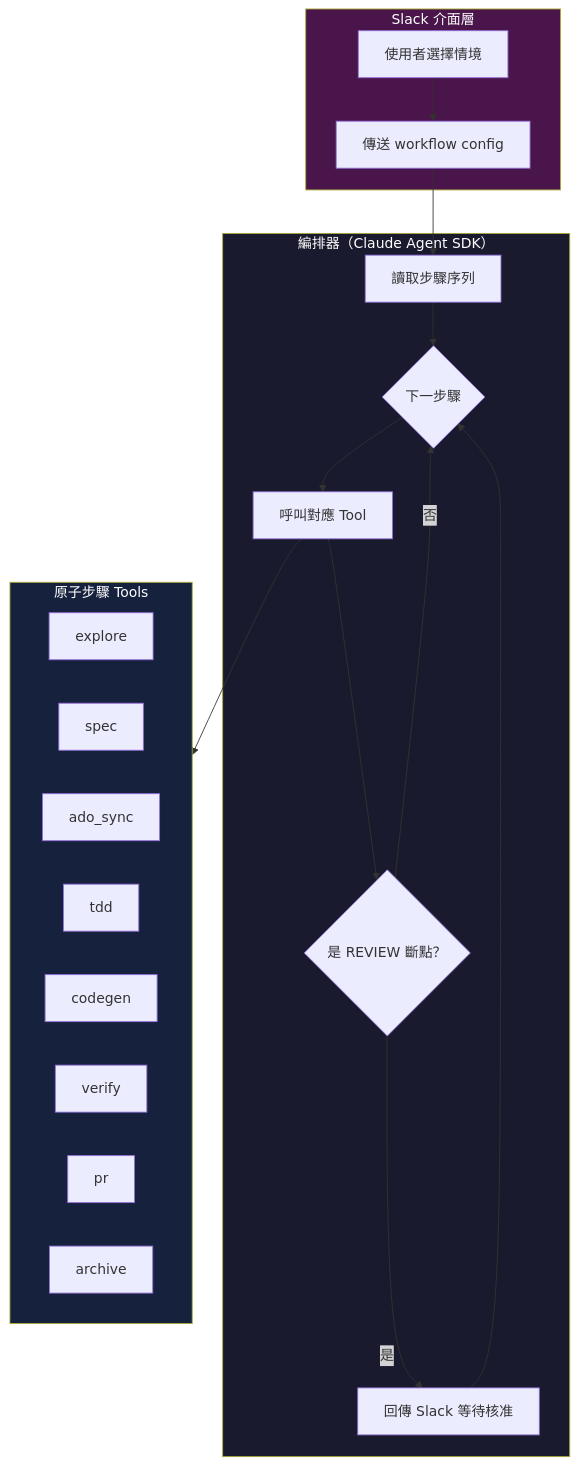
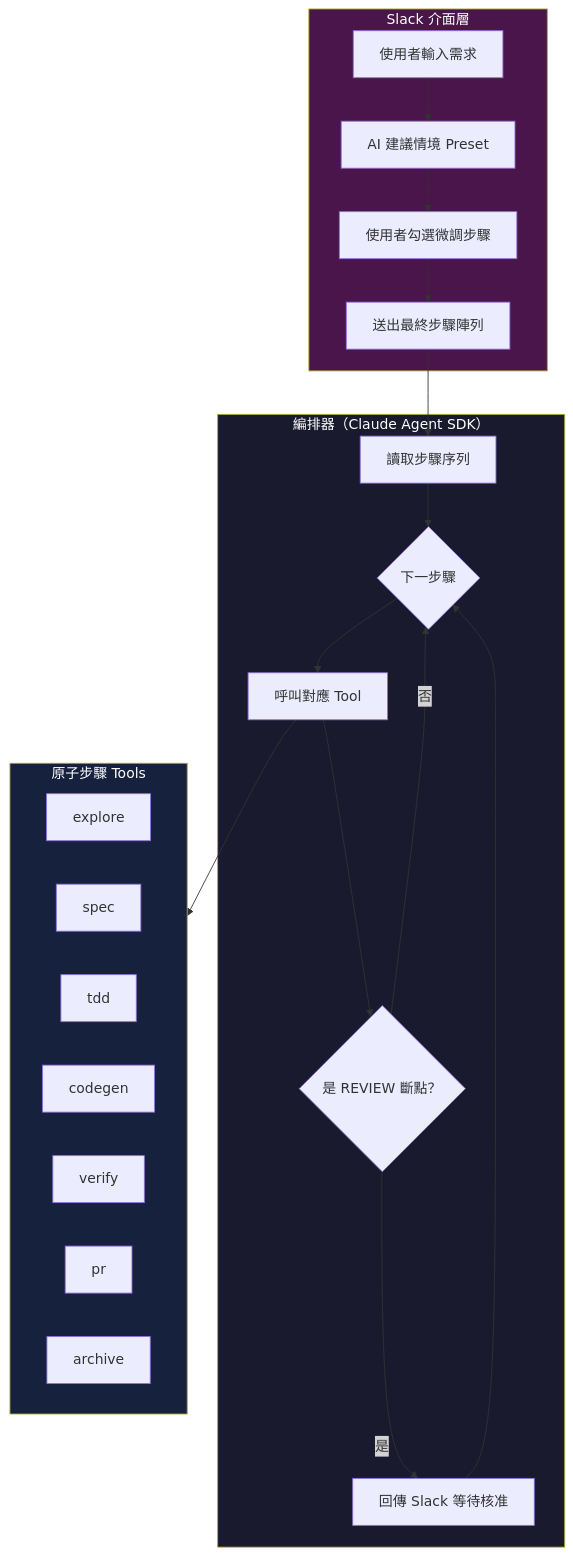
One commit to wmwang/AI_NOTE changed the first of 3 diagrams in AI_Coding_Agent_原子步驟實作規格.md. Above: the diagram before and after it, drawn with Mermaid. The commit also changed other lines of this file and 1 other file, not shown here.

First line of the commit message:
docs: update workflow presets and remove ado_sync step

````diff
--- a/AI_Coding_Agent_原子步驟實作規格.md
+++ b/AI_Coding_Agent_原子步驟實作規格.md
@@ -28,33 +28,34 @@
 ```mermaid
 graph TB
     subgraph Slack["Slack 介面層"]
-        S1[使用者選擇情境] --> S2[傳送 workflow config]
+        S1[使用者輸入需求] --> S2[AI 建議情境 Preset]
+        S2 --> S3[使用者勾選微調步驟]
+        S3 --> S4[送出最終步驟陣列]
     end
 
     subgraph Orchestrator["編排器（Claude Agent SDK）"]
-        S2 --> O1[讀取步驟序列]
+        S4 --> O1[讀取步驟序列]
         O1 --> O2{下一步驟}
         O2 --> O3[呼叫對應 Tool]
         O3 --> O4{是 REVIEW 斷點？}
         O4 -->|是| O5[回傳 Slack 等待核准]
         O5 --> O2
         O4 -->|否| O2
     end
 
     subgraph Tools["原子步驟 Tools"]
         T1[explore]
         T2[spec]
-        T3[ado_sync]
-        T4[tdd]
-        T5[codegen]
-        T6[verify]
-        T7[pr]
-        T8[archive]
+        T3[tdd]
+        T4[codegen]
+        T5[verify]
+        T6[pr]
+        T7[archive]
     end
 
     O3 --> Tools
 
     style Slack fill:#4A154B,color:#fff
     style Orchestrator fill:#1a1a2e,color:#fff
     style Tools fill:#16213e,color:#fff
 ```
````
